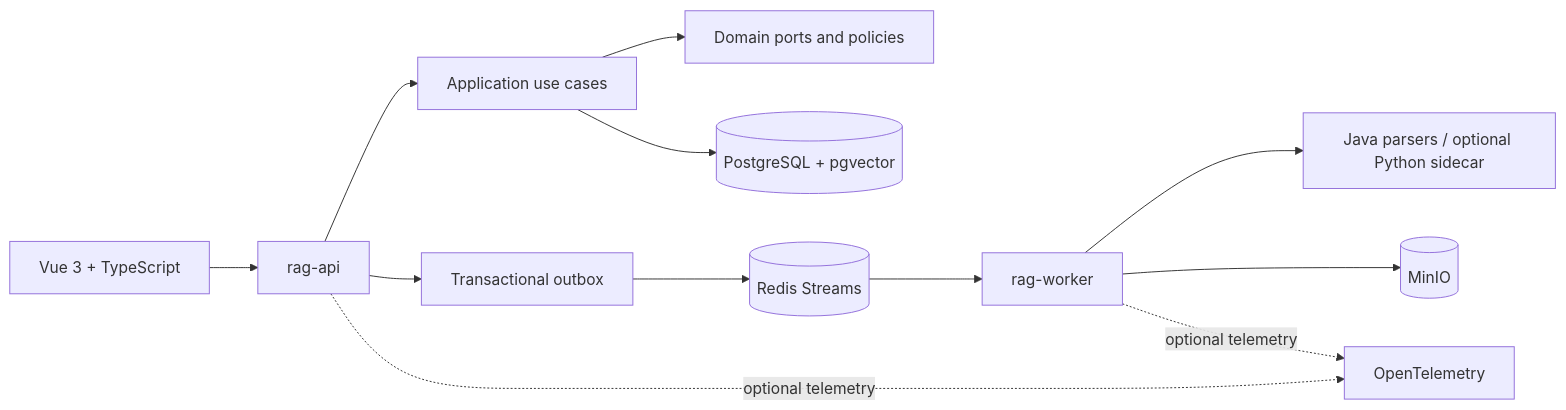
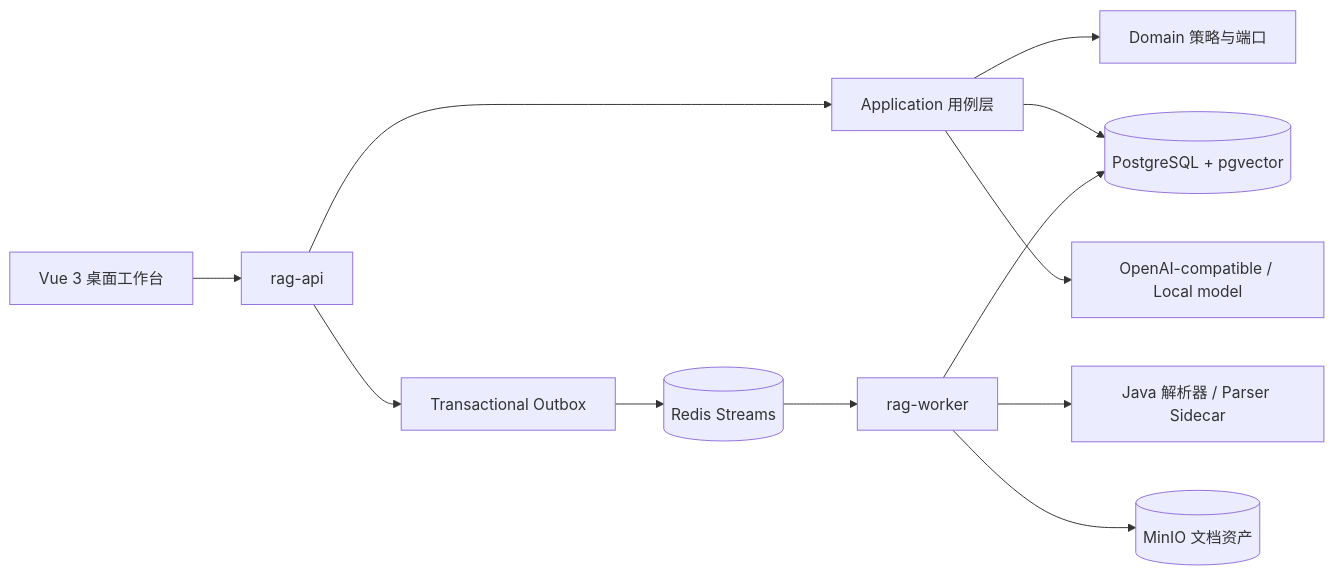
Before and after one commit to yanyue2024/VerityForge: the diagram in README.md, drawn with Mermaid. The commit also changed other lines of this file and 1782 other files, not shown here.

````diff
--- a/README.md
+++ b/README.md
@@ -106,14 +180,14 @@
 ```mermaid
 flowchart LR
-    WEB[Vue 3 + TypeScript] --> API[rag-api]
-    API --> APP[Application use cases]
-    APP --> DOMAIN[Domain ports and policies]
+    WEB[Vue 3 桌面工作台] --> API[rag-api]
+    API --> APP[Application 用例层]
+    APP --> DOMAIN[Domain 策略与端口]
     APP --> PG[(PostgreSQL + pgvector)]
-    API --> OUTBOX[Transactional outbox]
+    API --> OUTBOX[Transactional Outbox]
     OUTBOX --> REDIS[(Redis Streams)]
     REDIS --> WORKER[rag-worker]
-    WORKER --> PARSER[Java parsers / optional Python sidecar]
-    WORKER --> MINIO[(MinIO)]
-    API -. optional telemetry .-> OTEL[OpenTelemetry]
-    WORKER -. optional telemetry .-> OTEL
+    WORKER --> PARSER[Java 解析器 / Parser Sidecar]
+    WORKER --> MINIO[(MinIO 文档资产)]
+    WORKER --> PG
+    APP --> MODEL[OpenAI-compatible / Local model]
 ```
````
